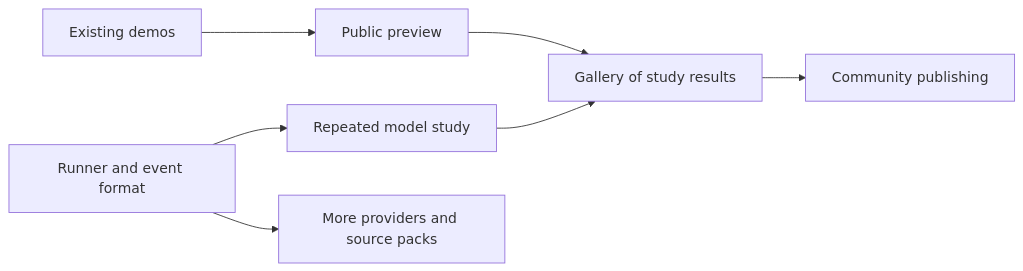
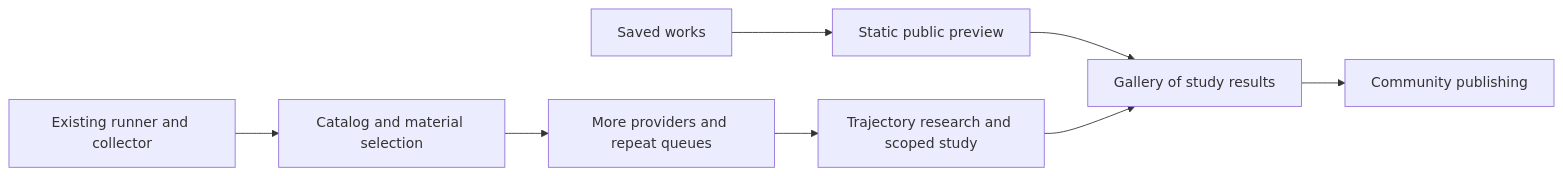
Before and after one commit to jonathancwalker/offcut: the diagram in ROADMAP.md, drawn with Mermaid. The commit also changed other lines of this file and 17 other files, not shown here.

Commit message:
Add material selection with pins and random extras

````diff
--- a/ROADMAP.md
+++ b/ROADMAP.md
@@ -23,9 +33,10 @@
 ```mermaid
 flowchart LR
-    D[Existing demos] --> P[Public preview]
-    R[Runner and event format] --> S[Repeated model study]
+    D[Saved works] --> P[Static public preview]
+    R[Existing runner and collector] --> M[Catalog and material selection]
+    M --> O[More providers and repeat queues]
+    O --> S[Trajectory research and scoped study]
     P --> G[Gallery of study results]
     S --> G
-    R --> O[More providers and source packs]
     G --> C[Community publishing]
 ```
````
